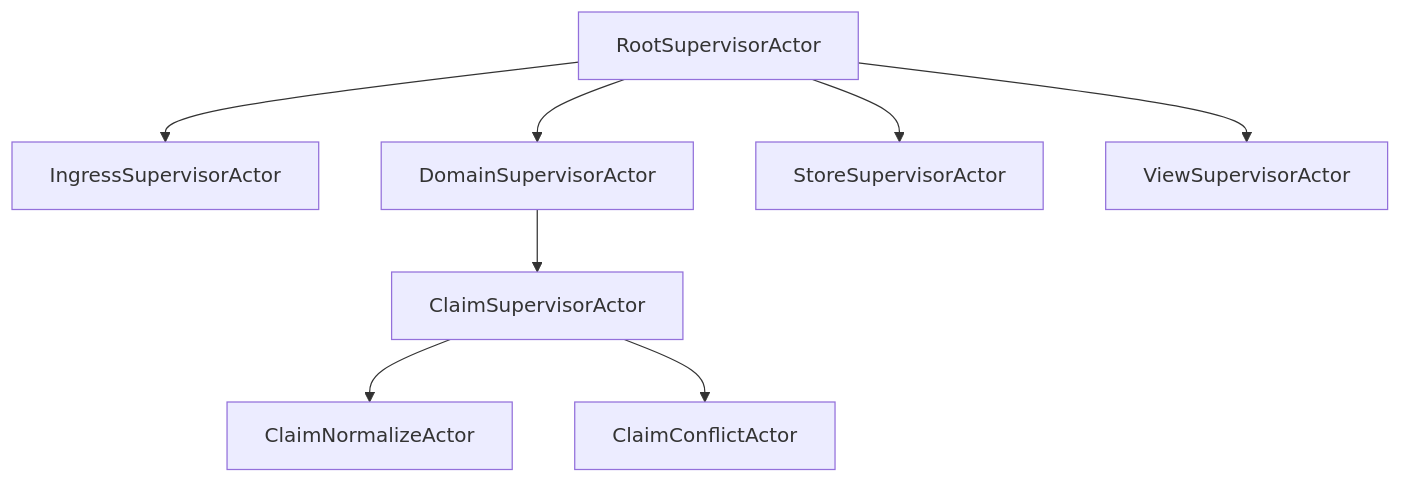
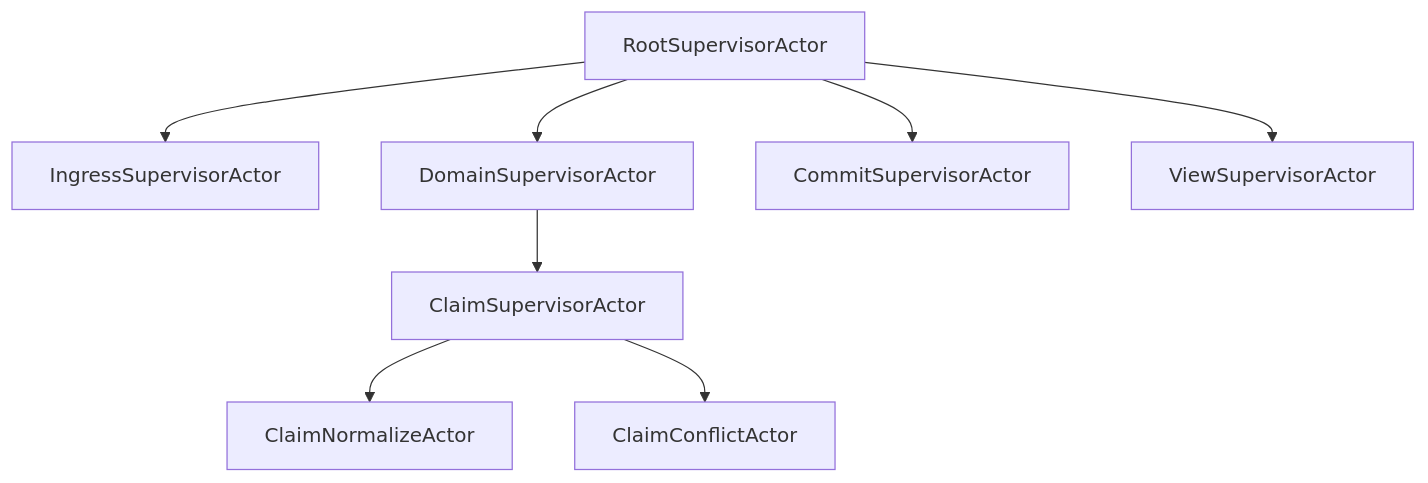
The third of 4 diagrams in skills/actor-systems.md (LiGoldragon/primary), drawn with Mermaid before and after one commit. The commit also changed other lines of this file and 8 other files, not shown here.

Commit message:
workspace: trim active architecture guidance

````diff
--- a/skills/actor-systems.md
+++ b/skills/actor-systems.md
@@ -167,12 +169,12 @@
 ```mermaid
 flowchart TB
     root["RootSupervisorActor"]
     root --> ingress["IngressSupervisorActor"]
     root --> domain["DomainSupervisorActor"]
-    root --> store["StoreSupervisorActor"]
+    root --> commit["CommitSupervisorActor"]
     root --> view["ViewSupervisorActor"]
 
     domain --> claim["ClaimSupervisorActor"]
     claim --> normalize["ClaimNormalizeActor"]
     claim --> conflict["ClaimConflictActor"]
 ```
````
